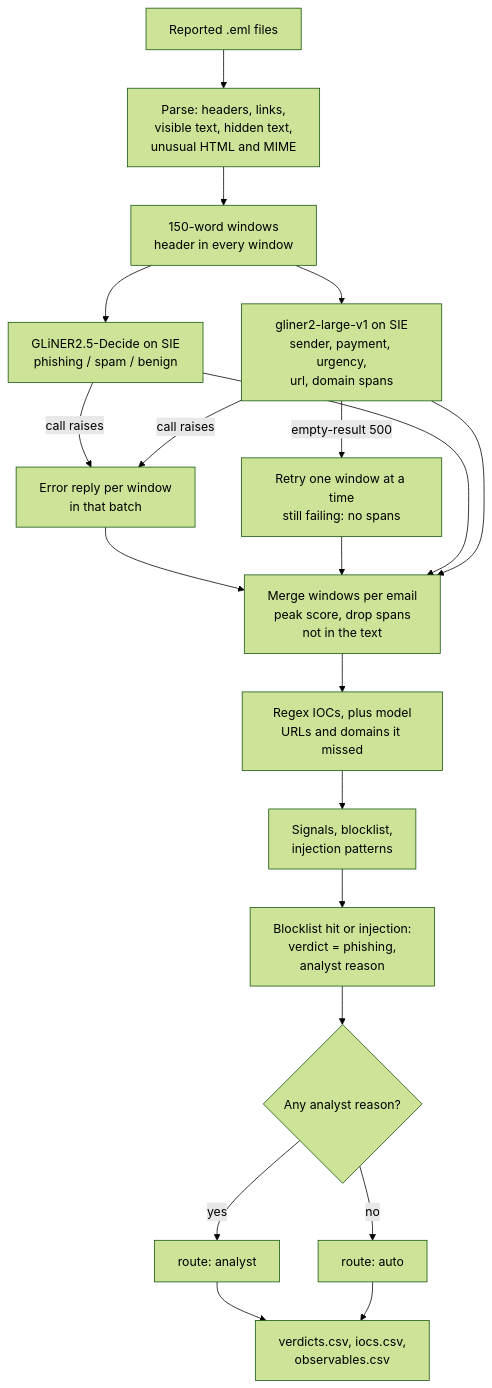
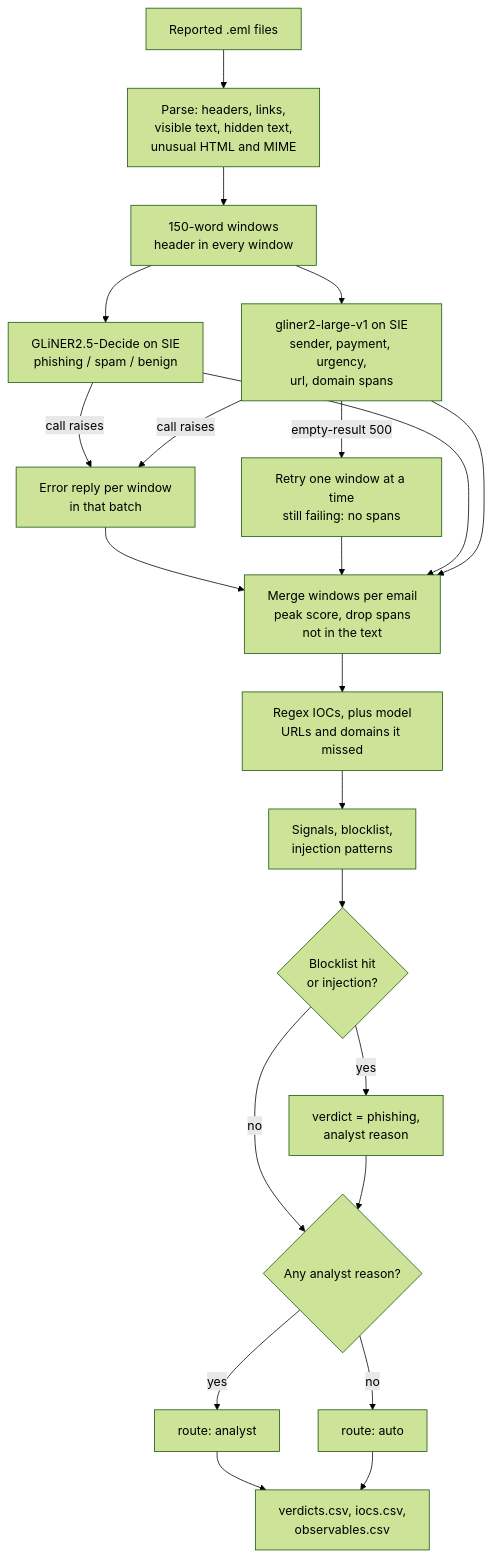
Before and after one commit to superlinked/cookbook: the diagram in security/phishing_triage/README.md, drawn with Mermaid (forest theme). The commit also changed other lines of this file and 2 other files, not shown here.

First line of the commit message:
fix(security): phishing_triage stops on refused SIE calls and marks partial verdicts unknown

````diff
--- a/security/phishing_triage/README.md
+++ b/security/phishing_triage/README.md
@@ -184,22 +184,24 @@
 ```mermaid
 flowchart TD
     E[Reported .eml files] --> P[Parse: headers, links,<br/>visible text, hidden text,<br/>unusual HTML and MIME]
     P --> W[150-word windows<br/>header in every window]
     W --> V[GLiNER2.5-Decide on SIE<br/>phishing / spam / benign]
     W --> X[gliner2-large-v1 on SIE<br/>sender, payment, urgency,<br/>url, domain spans]
     X -- empty-result 500 --> R[Retry one window at a time<br/>still failing: no spans]
     V -- call raises --> Q[Error reply per window<br/>in that batch]
     X -- call raises --> Q
     Q --> M
     R --> M
     V --> M[Merge windows per email<br/>peak score, drop spans<br/>not in the text]
     X --> M
     M --> I[Regex IOCs, plus model<br/>URLs and domains it missed]
     I --> S[Signals, blocklist,<br/>injection patterns]
-    S --> F[Blocklist hit or injection:<br/>verdict = phishing,<br/>analyst reason]
-    F --> D{Any analyst reason?}
+    S --> F{Blocklist hit<br/>or injection?}
+    F -- yes --> H[verdict = phishing,<br/>analyst reason]
+    F -- no --> D{Any analyst reason?}
+    H --> D
     D -- yes --> A[route: analyst]
     D -- no --> U[route: auto]
     A --> O[verdicts.csv, iocs.csv,<br/>observables.csv]
     U --> O
 ```
````
